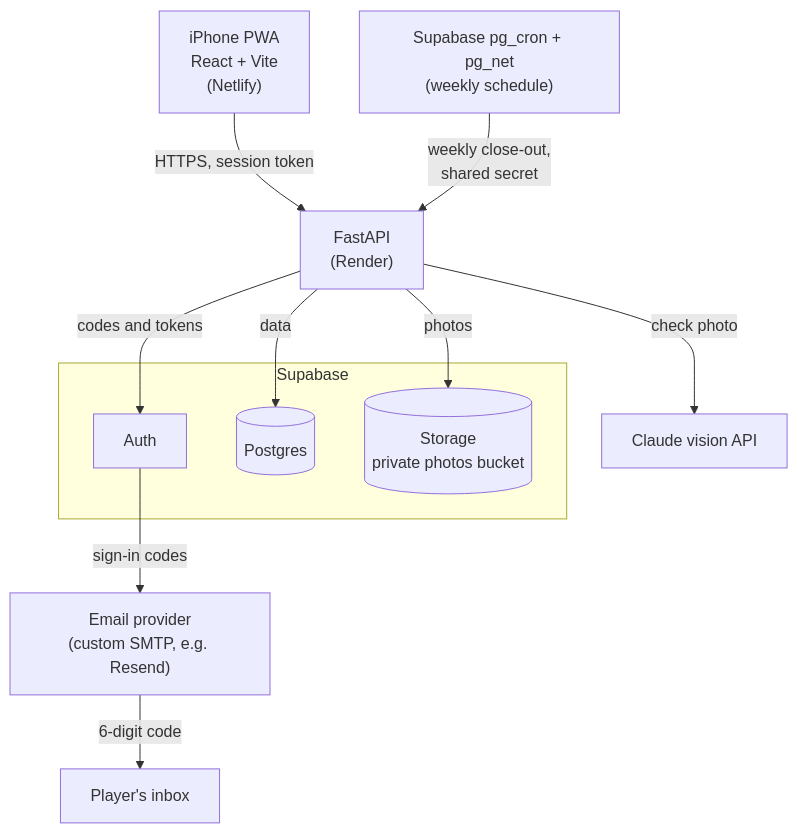
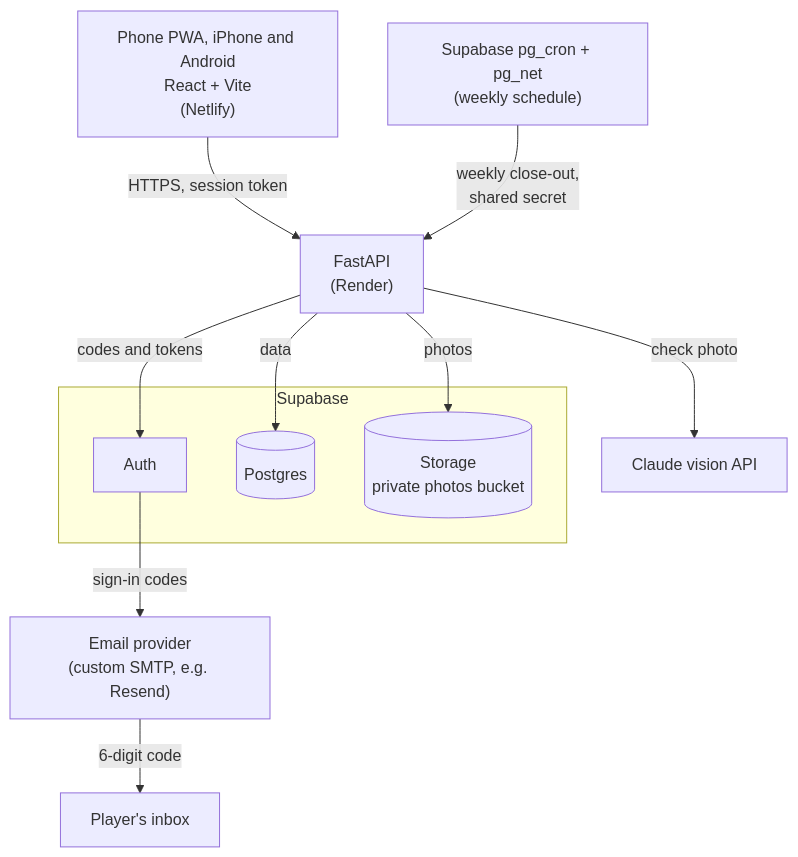
Before and after one commit to azamatsmith/soul-search: the first of 5 diagrams in docs/architecture.md, drawn with Mermaid. The commit also changed other lines of this file and 35 other files, not shown here.

First line of the commit message:
feat: add pwa shell and netlify deploy (#25)

````diff
--- a/docs/architecture.md
+++ b/docs/architecture.md
@@ -9,24 +9,24 @@
 ```mermaid
 flowchart TB
-    phone["iPhone PWA<br/>React + Vite<br/>(Netlify)"]
+    phone["Phone PWA, iPhone and Android<br/>React + Vite<br/>(Netlify)"]
     api["FastAPI<br/>(Render)"]
     claude["Claude vision API"]
     email["Email provider<br/>(custom SMTP, e.g. Resend)"]
     inbox["Player's inbox"]
     cron["Supabase pg_cron + pg_net<br/>(weekly schedule)"]
 
     subgraph supabase["Supabase"]
         auth["Auth"]
         db[("Postgres")]
         storage[("Storage<br/>private photos bucket")]
     end
 
     phone -- "HTTPS, session token" --> api
     api -- "check photo" --> claude
     api -- "codes and tokens" --> auth
     api -- "data" --> db
     api -- "photos" --> storage
     cron -- "weekly close-out,<br/>shared secret" --> api
     auth -- "sign-in codes" --> email
     email -- "6-digit code" --> inbox
 ```
````
